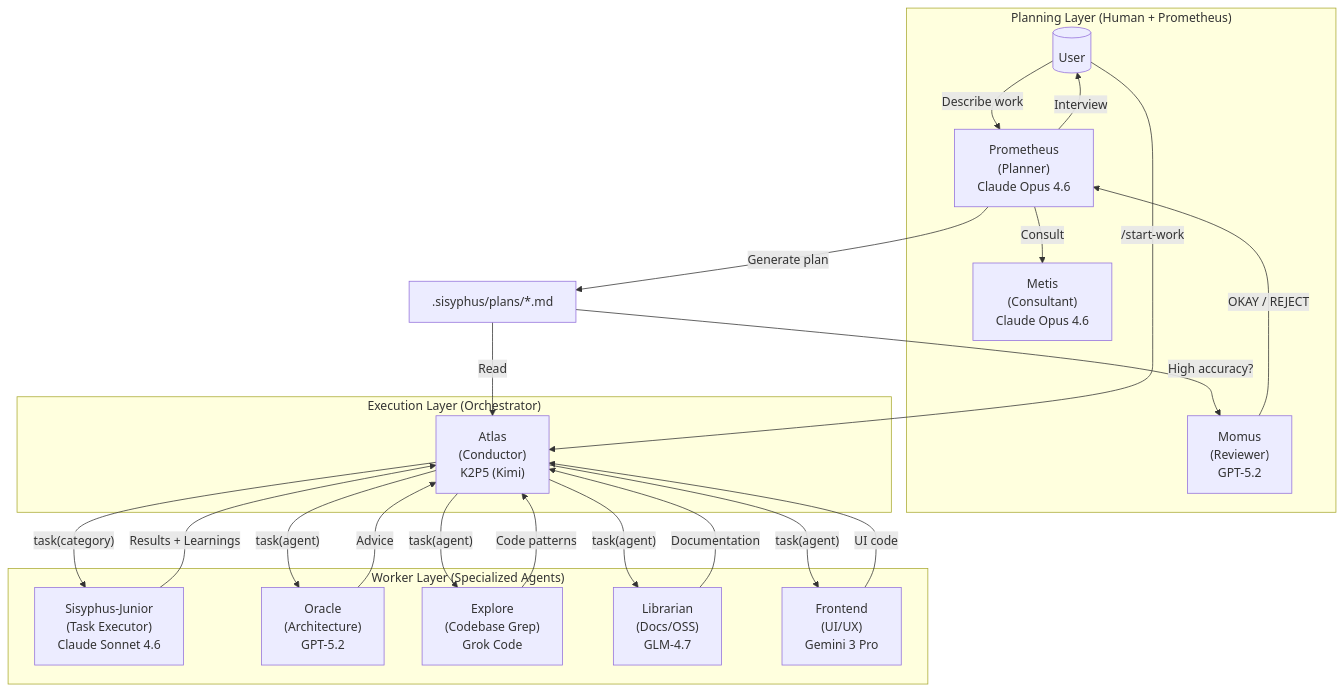
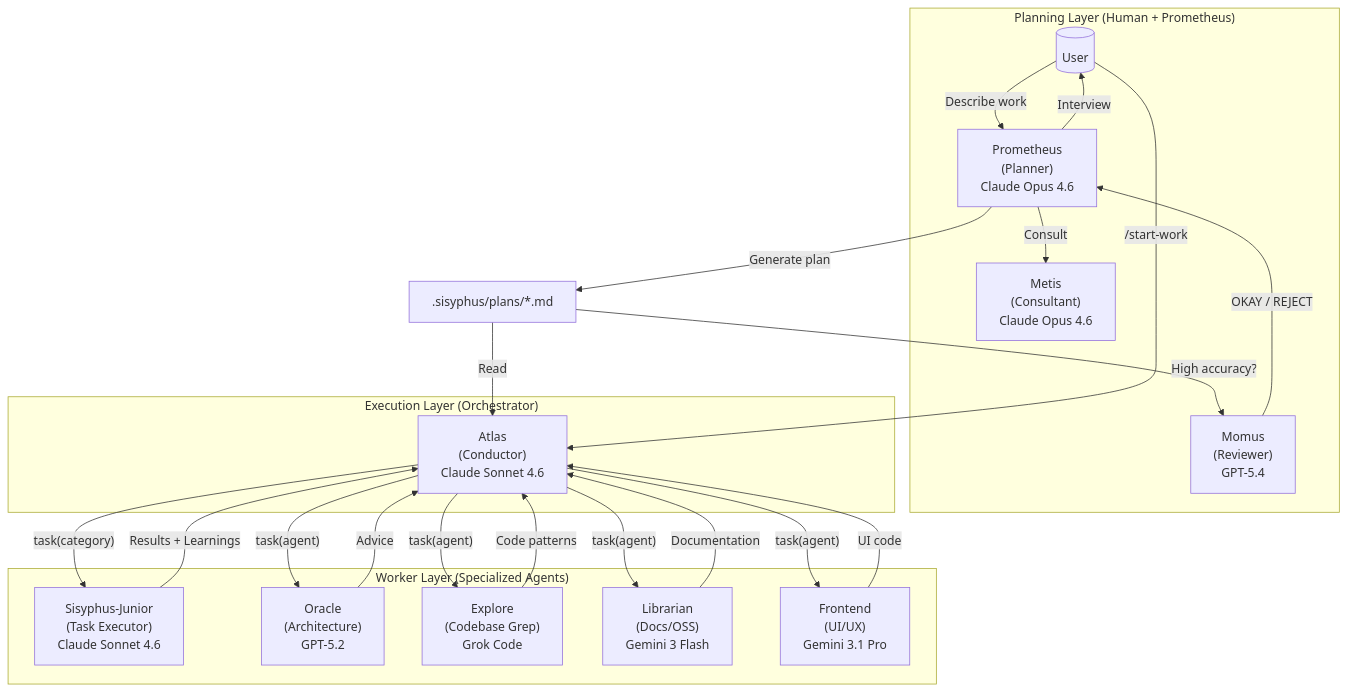
Before and after one commit to bannert1337/agent-core: the first of 3 diagrams in docs/guide/orchestration.md, drawn with Mermaid. The commit also changed other lines of this file, not shown here.

````diff
--- a/docs/guide/orchestration.md
+++ b/docs/guide/orchestration.md
@@ -33,43 +33,43 @@
 ```mermaid
 flowchart TB
     subgraph Planning["Planning Layer (Human + Prometheus)"]
         User[(" User")]
         Prometheus[" Prometheus<br/>(Planner)<br/>Claude Opus 4.6"]
         Metis[" Metis<br/>(Consultant)<br/>Claude Opus 4.6"]
-        Momus[" Momus<br/>(Reviewer)<br/>GPT-5.2"]
+        Momus[" Momus<br/>(Reviewer)<br/>GPT-5.4"]
     end
-    
+
     subgraph Execution["Execution Layer (Orchestrator)"]
-        Orchestrator[" Atlas<br/>(Conductor)<br/>K2P5 (Kimi)"]
+        Orchestrator[" Atlas<br/>(Conductor)<br/>Claude Sonnet 4.6"]
     end
-    
+
     subgraph Workers["Worker Layer (Specialized Agents)"]
         Junior[" Sisyphus-Junior<br/>(Task Executor)<br/>Claude Sonnet 4.6"]
         Oracle[" Oracle<br/>(Architecture)<br/>GPT-5.2"]
         Explore[" Explore<br/>(Codebase Grep)<br/>Grok Code"]
-        Librarian[" Librarian<br/>(Docs/OSS)<br/>GLM-4.7"]
-        Frontend[" Frontend<br/>(UI/UX)<br/>Gemini 3 Pro"]
+        Librarian[" Librarian<br/>(Docs/OSS)<br/>Gemini 3 Flash"]
+        Frontend[" Frontend<br/>(UI/UX)<br/>Gemini 3.1 Pro"]
     end
-    
+
     User -->|"Describe work"| Prometheus
     Prometheus -->|"Consult"| Metis
     Prometheus -->|"Interview"| User
     Prometheus -->|"Generate plan"| Plan[".sisyphus/plans/*.md"]
     Plan -->|"High accuracy?"| Momus
     Momus -->|"OKAY / REJECT"| Prometheus
-    
+
     User -->|"/start-work"| Orchestrator
     Plan -->|"Read"| Orchestrator
-    
+
     Orchestrator -->|"task(category)"| Junior
     Orchestrator -->|"task(agent)"| Oracle
     Orchestrator -->|"task(agent)"| Explore
     Orchestrator -->|"task(agent)"| Librarian
     Orchestrator -->|"task(agent)"| Frontend
-    
+
     Junior -->|"Results + Learnings"| Orchestrator
     Oracle -->|"Advice"| Orchestrator
     Explore -->|"Code patterns"| Orchestrator
     Librarian -->|"Documentation"| Orchestrator
     Frontend -->|"UI code"| Orchestrator
 ```
````
